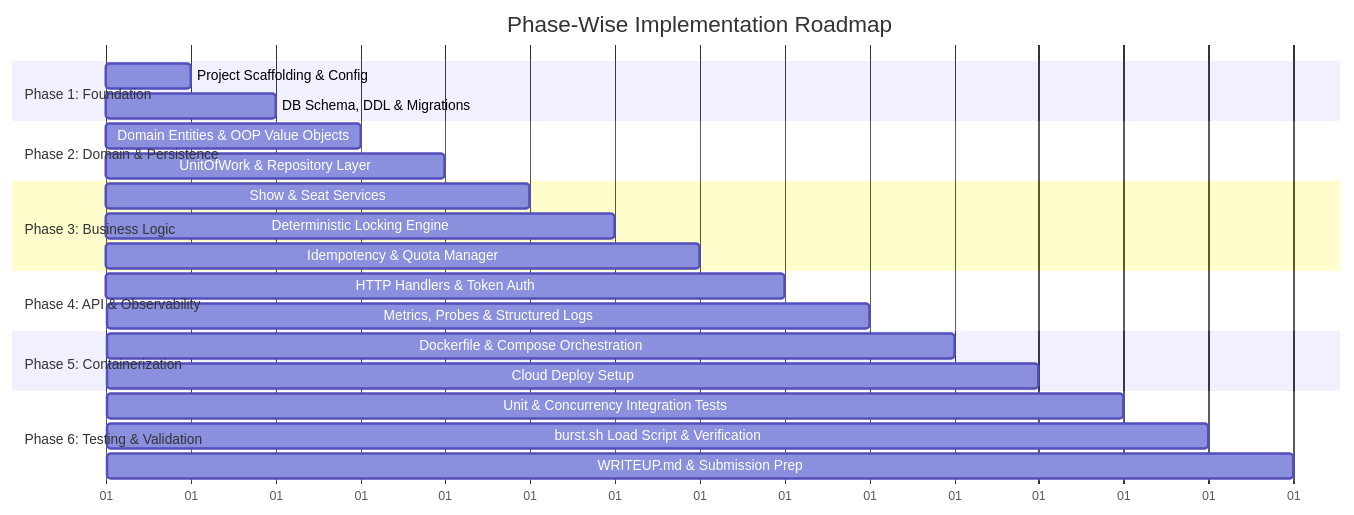
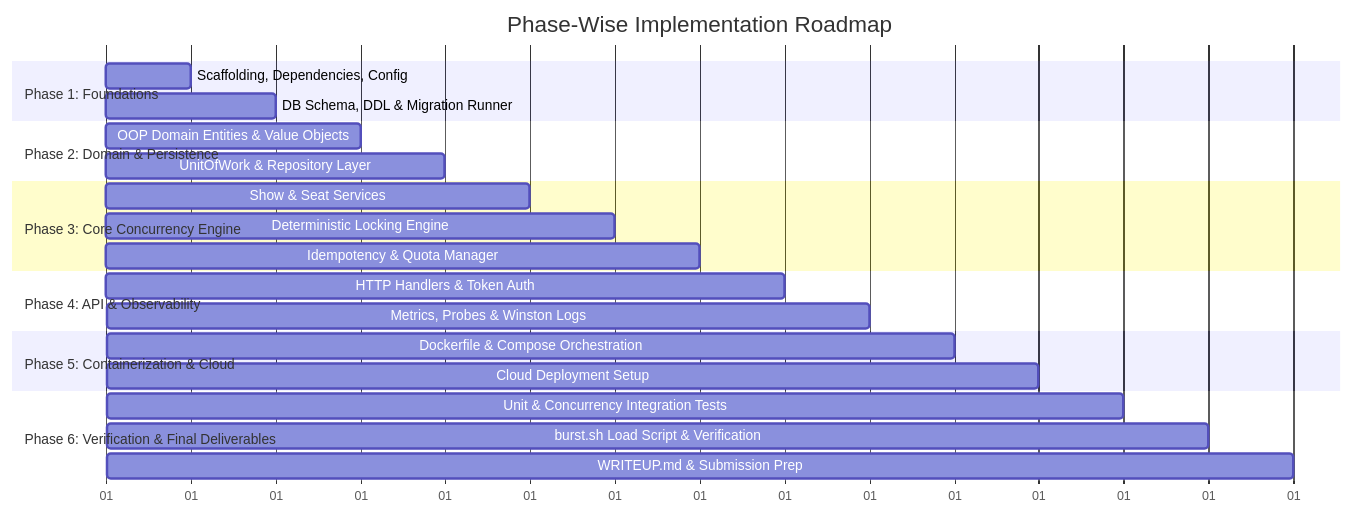
One commit to vivekkumar9919/Tickets-Booking changed the fourth of 4 diagrams in doc/TRD.md. Above: the diagram before and after it, drawn with Mermaid. The commit also changed other lines of this file, not shown here.

````diff
--- a/doc/TRD.md
+++ b/doc/TRD.md
@@ -411,26 +411,26 @@
 ```mermaid
 gantt
     title Phase-Wise Implementation Roadmap
     dateFormat  X
     axisFormat %d
-    section Phase 1: Foundation
-    Project Scaffolding & Config        :0, 1
-    DB Schema, DDL & Migrations        :1, 2
+    section Phase 1: Foundations
+    Scaffolding, Dependencies, Config   :0, 1
+    DB Schema, DDL & Migration Runner   :1, 2
     section Phase 2: Domain & Persistence
-    Domain Entities & OOP Value Objects:2, 3
-    UnitOfWork & Repository Layer      :3, 4
-    section Phase 3: Business Logic
-    Show & Seat Services               :4, 5
-    Deterministic Locking Engine       :5, 6
-    Idempotency & Quota Manager        :6, 7
+    OOP Domain Entities & Value Objects :2, 3
+    UnitOfWork & Repository Layer       :3, 4
+    section Phase 3: Core Concurrency Engine
+    Show & Seat Services                :4, 5
+    Deterministic Locking Engine        :5, 6
+    Idempotency & Quota Manager         :6, 7
     section Phase 4: API & Observability
-    HTTP Handlers & Token Auth         :7, 8
-    Metrics, Probes & Structured Logs  :8, 9
-    section Phase 5: Containerization
-    Dockerfile & Compose Orchestration :9, 10
-    Cloud Deploy Setup                 :10, 11
-    section Phase 6: Testing & Validation
+    HTTP Handlers & Token Auth          :7, 8
+    Metrics, Probes & Winston Logs      :8, 9
+    section Phase 5: Containerization & Cloud
+    Dockerfile & Compose Orchestration  :9, 10
+    Cloud Deployment Setup              :10, 11
+    section Phase 6: Verification & Final Deliverables
     Unit & Concurrency Integration Tests:11, 12
-    burst.sh Load Script & Verification:12, 13
-    WRITEUP.md & Submission Prep       :13, 14
+    burst.sh Load Script & Verification :12, 13
+    WRITEUP.md & Submission Prep        :13, 14
 ```
````
